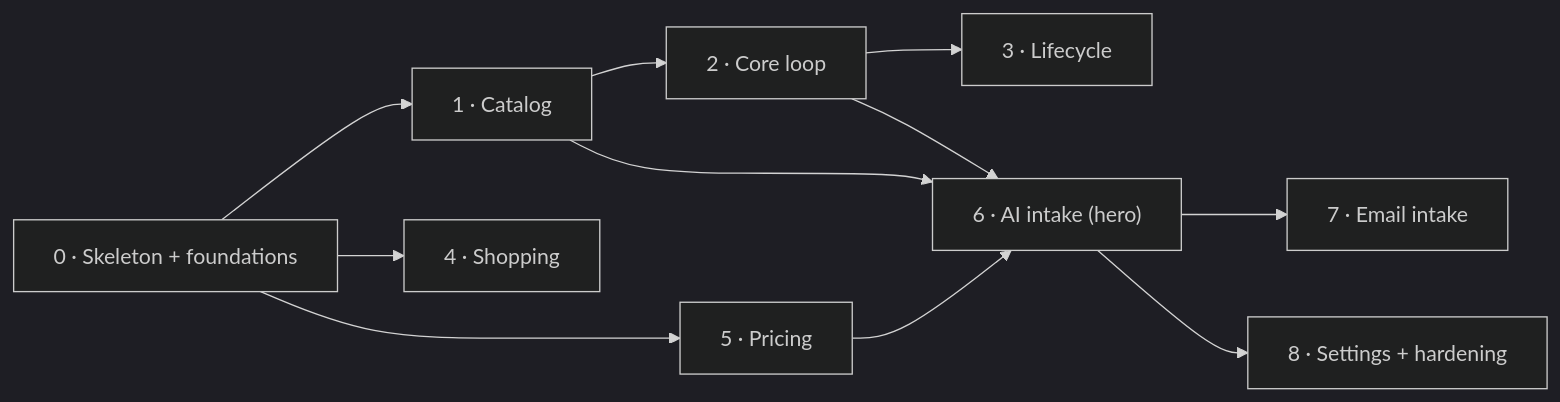
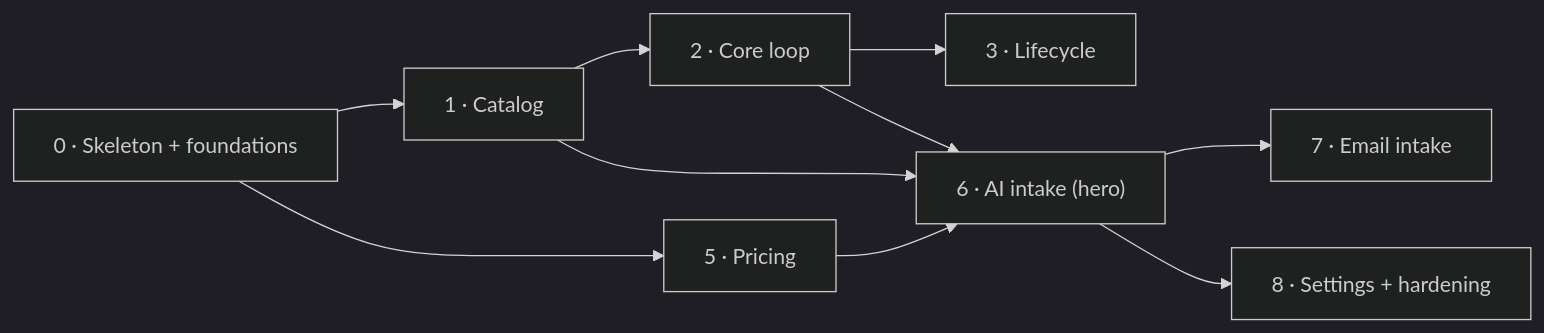
Before and after one commit to mgasparel/plantry: the diagram in docs/PHASE-1-PLAN.md, drawn with Mermaid (dark theme). The commit also changed other lines of this file and 11 other files, not shown here.

First line of the commit message:
docs: fix DataModels links, sequence Phase 2, and confirm DM-20

````diff
--- a/docs/PHASE-1-PLAN.md
+++ b/docs/PHASE-1-PLAN.md
@@ -275,13 +270,12 @@
 ```mermaid
 graph LR
     S0["0 · Skeleton + foundations"] --> S1["1 · Catalog"]
-    S0 --> S4["4 · Shopping"]
     S1 --> S2["2 · Core loop"]
     S2 --> S3["3 · Lifecycle"]
     S2 --> S6["6 · AI intake (hero)"]
     S1 --> S6
     S5["5 · Pricing"] --> S6
     S0 --> S5
     S6 --> S7["7 · Email intake"]
     S6 --> S8["8 · Settings + hardening"]
 ```
````
